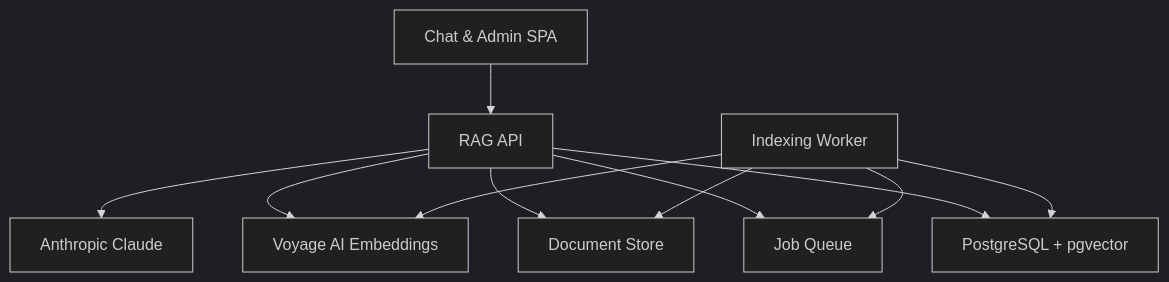
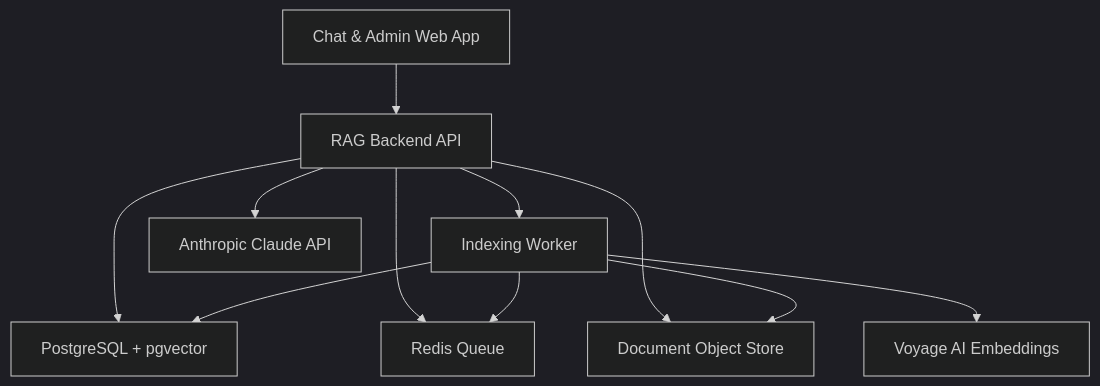
The first of 5 diagrams in docs/sdlc/architecture/README.md (saitejaquorq/blogger), drawn with Mermaid (dark theme) before and after one commit. The commit also changed other lines of this file and 15 other files, not shown here.

````diff
--- a/docs/sdlc/architecture/README.md
+++ b/docs/sdlc/architecture/README.md
@@ -270,21 +229,21 @@
 ```mermaid
 graph TD
-  c_web["Chat & Admin SPA"]
-  c_api["RAG API"]
+  c_web["Chat & Admin Web App"]
+  c_api["RAG Backend API"]
   c_worker["Indexing Worker"]
   c_db["PostgreSQL + pgvector"]
-  c_redis["Job Queue"]
-  c_s3["Document Store"]
-  c_claude["Anthropic Claude"]
-  c_voyage["Voyage AI Embeddings"]
+  c_queue["Redis Queue"]
+  c_storage["Document Object Store"]
+  c_ai_provider["Anthropic Claude API"]
+  c_embeddings["Voyage AI Embeddings"]
   c_web --> c_api
   c_api --> c_db
-  c_api --> c_redis
-  c_api --> c_s3
-  c_api --> c_claude
-  c_api --> c_voyage
+  c_api --> c_queue
+  c_api --> c_storage
+  c_api --> c_ai_provider
+  c_api --> c_worker
   c_worker --> c_db
-  c_worker --> c_redis
-  c_worker --> c_s3
-  c_worker --> c_voyage
+  c_worker --> c_queue
+  c_worker --> c_storage
+  c_worker --> c_embeddings
 ```
````
